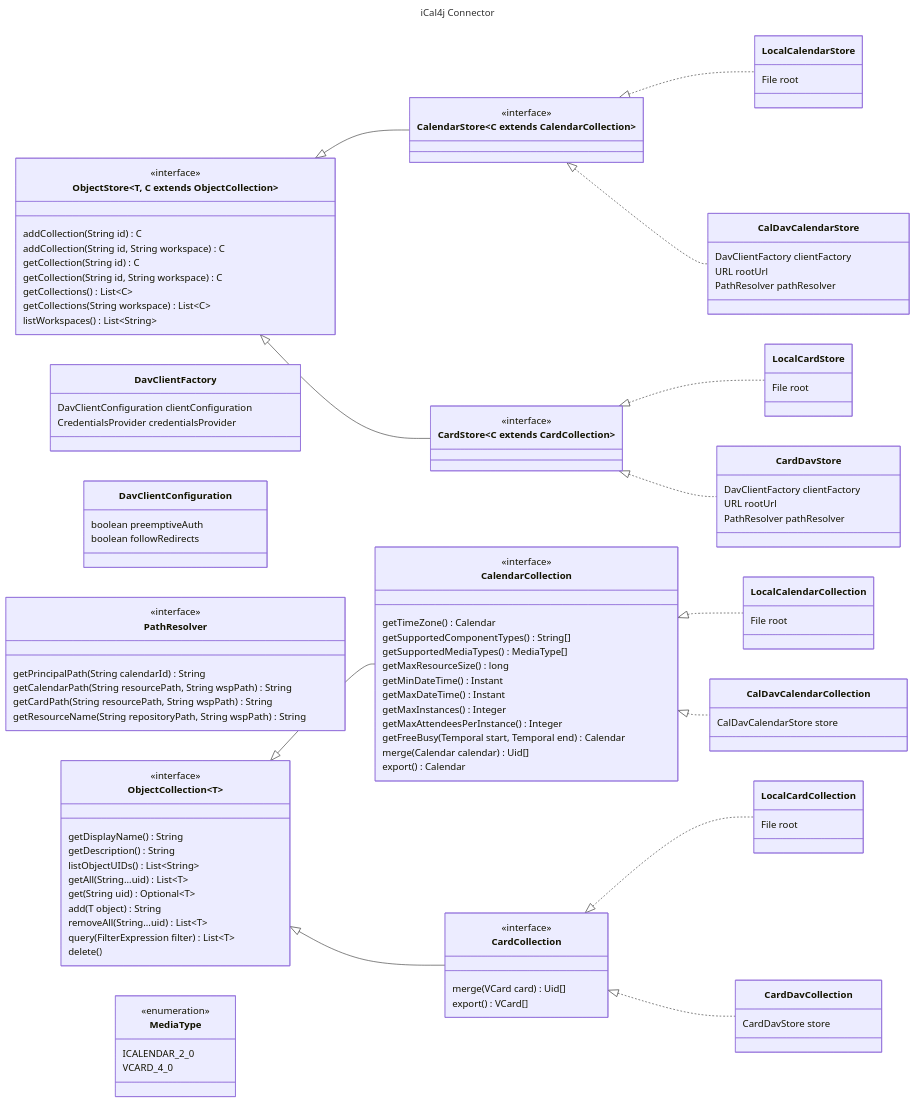
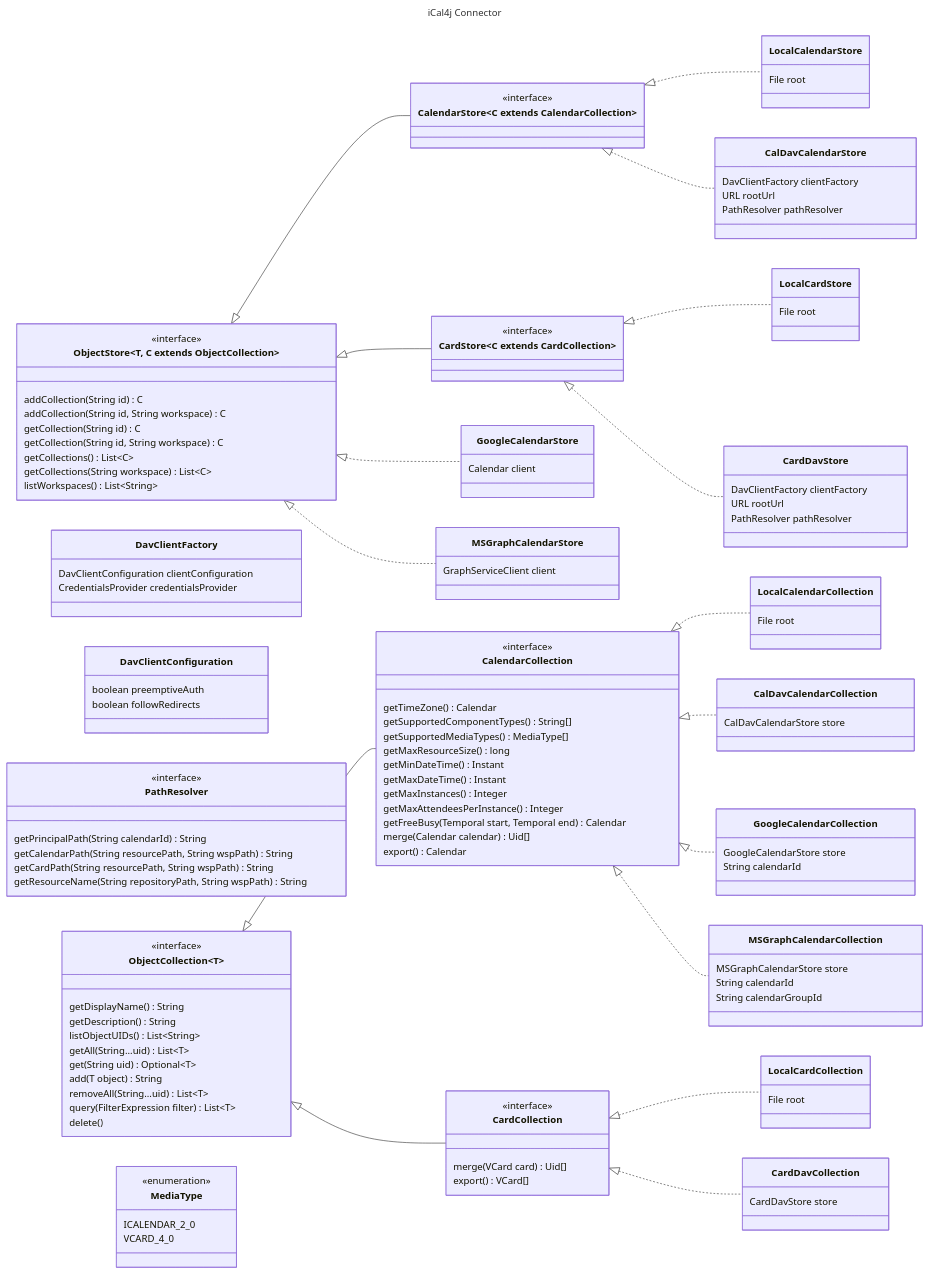
Before and after one commit to ical4j/ical4j-user-guide: the diagram in docs/images/connector.mmd, drawn with Mermaid. The commit also changed 5 other files, not shown here.

Commit message:
Add Google Calendar and Microsoft Graph connectors documentation

```diff
--- a/docs/images/connector.mmd
+++ b/docs/images/connector.mmd
@@ -1,129 +1,149 @@
 ---
 title: iCal4j Connector
 ---
 classDiagram
     direction LR
 
     class ObjectStore~T, C extends ObjectCollection~
     <<interface>> ObjectStore~T, C extends ObjectCollection~
     ObjectStore~T, C extends ObjectCollection~: addCollection(String id) C
     ObjectStore~T, C extends ObjectCollection~: addCollection(String id, String workspace) C
     ObjectStore~T, C extends ObjectCollection~: getCollection(String id) C
     ObjectStore~T, C extends ObjectCollection~: getCollection(String id, String workspace) C
     ObjectStore~T, C extends ObjectCollection~: getCollections() List~C~
     ObjectStore~T, C extends ObjectCollection~: getCollections(String workspace) List~C~
     ObjectStore~T, C extends ObjectCollection~: listWorkspaces() List~String~
 
     class CalendarStore~C extends CalendarCollection~
     <<interface>> CalendarStore~C extends CalendarCollection~
 
     class CardStore~C extends CardCollection~
     <<interface>> CardStore~C extends CardCollection~
 
 %%    class AbstractObjectStore~T, C extends ObjectCollection~
 %%    <<abstract>> AbstractObjectStore~T, C extends ObjectCollection~
 
     class LocalCalendarStore
     LocalCalendarStore: File root
 
     class LocalCardStore
     LocalCardStore: File root
 
     class CalDavCalendarStore
     CalDavCalendarStore: DavClientFactory clientFactory
     CalDavCalendarStore: URL rootUrl
     CalDavCalendarStore: PathResolver pathResolver
 
     class CardDavStore
     CardDavStore: DavClientFactory clientFactory
     CardDavStore: URL rootUrl
     CardDavStore: PathResolver pathResolver
+
+    class GoogleCalendarStore
+    GoogleCalendarStore: Calendar client
+
+    class MSGraphCalendarStore
+    MSGraphCalendarStore: GraphServiceClient client
 
     class DavClientFactory
     DavClientFactory: DavClientConfiguration clientConfiguration
     DavClientFactory: CredentialsProvider credentialsProvider
 
     class DavClientConfiguration
     DavClientConfiguration: boolean preemptiveAuth
     DavClientConfiguration: boolean followRedirects
 
     class PathResolver
     <<interface>> PathResolver
     PathResolver: getPrincipalPath(String calendarId) String
     PathResolver: getCalendarPath(String resourcePath, String wspPath) String
     PathResolver: getCardPath(String resourcePath, String wspPath) String
     PathResolver: getResourceName(String repositoryPath, String wspPath) String
 
     class ObjectCollection~T~
     <<interface>> ObjectCollection~T~
     ObjectCollection~T~: getDisplayName() String
     ObjectCollection~T~: getDescription() String
     ObjectCollection~T~: listObjectUIDs() List~String~
     ObjectCollection~T~: getAll(String...uid) List~T~
     ObjectCollection~T~: get(String uid) Optional~T~
     ObjectCollection~T~: add(T object) String
     ObjectCollection~T~: removeAll(String...uid) List~T~
     ObjectCollection~T~: query(FilterExpression filter) List~T~
     ObjectCollection~T~: delete()
 
     class MediaType
     <<enumeration>> MediaType
     MediaType: ICALENDAR_2_0
     MediaType: VCARD_4_0
 
     class CalendarCollection
     <<interface>> CalendarCollection
     CalendarCollection: getTimeZone() Calendar
     CalendarCollection: getSupportedComponentTypes() String[]
     CalendarCollection: getSupportedMediaTypes() MediaType[]
     CalendarCollection: getMaxResourceSize() long
     CalendarCollection: getMinDateTime() Instant
     CalendarCollection: getMaxDateTime() Instant
     CalendarCollection: getMaxInstances() Integer
     CalendarCollection: getMaxAttendeesPerInstance() Integer
     CalendarCollection: getFreeBusy(Temporal start, Temporal end) Calendar
     CalendarCollection: merge(Calendar calendar) Uid[]
     CalendarCollection: export() Calendar
 
     class CardCollection
     <<interface>> CardCollection
     CardCollection: merge(VCard card) Uid[]
     CardCollection: export() VCard[]
 
     class LocalCalendarCollection
     LocalCalendarCollection: File root
 
     class LocalCardCollection
     LocalCardCollection: File root
 
     class CalDavCalendarCollection
     CalDavCalendarCollection: CalDavCalendarStore store
 
     class CardDavCollection
     CardDavCollection: CardDavStore store
 
+    class GoogleCalendarCollection
+    GoogleCalendarCollection: GoogleCalendarStore store
+    GoogleCalendarCollection: String calendarId
+
+    class MSGraphCalendarCollection
+    MSGraphCalendarCollection: MSGraphCalendarStore store
+    MSGraphCalendarCollection: String calendarId
+    MSGraphCalendarCollection: String calendarGroupId
+
 %%    class AbstractObjectCollection~T~
 %%    <<abstract>> AbstractObjectCollection~T~
 
 %%    ObjectStore~T, C extends ObjectCollection~ <|-- AbstractObjectStore~T, C extends ObjectCollection~
     ObjectStore~T, C extends ObjectCollection~ <|-- CalendarStore~C extends CalendarCollection~
     ObjectStore~T, C extends ObjectCollection~ <|-- CardStore~C extends CardCollection~
 
     CalendarStore~C extends CalendarCollection~ <|.. LocalCalendarStore
     CalendarStore~C extends CalendarCollection~ <|.. CalDavCalendarStore
+
+    ObjectStore~T, C extends ObjectCollection~ <|.. GoogleCalendarStore
+    ObjectStore~T, C extends ObjectCollection~ <|.. MSGraphCalendarStore
 
     CardStore~C extends CardCollection~ <|.. LocalCardStore
     CardStore~C extends CardCollection~ <|.. CardDavStore
 
 %%    AbstractObjectStore~T, C extends ObjectCollection~ <|-- LocalCalendarStore
 %%    AbstractObjectStore~T, C extends ObjectCollection~ <|-- LocalCardStore
 
 %%    ObjectCollection~T~ <|-- AbstractObjectCollection~T~
     ObjectCollection~T~ <|-- CalendarCollection
     ObjectCollection~T~ <|-- CardCollection
 
     CalendarCollection <|.. LocalCalendarCollection
     CalendarCollection <|.. CalDavCalendarCollection
+    CalendarCollection <|.. GoogleCalendarCollection
+    CalendarCollection <|.. MSGraphCalendarCollection
 
     CardCollection <|.. LocalCardCollection
     CardCollection <|.. CardDavCollection
```
